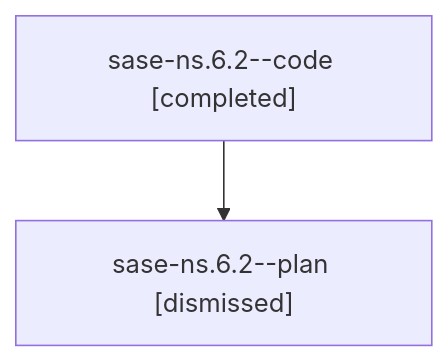
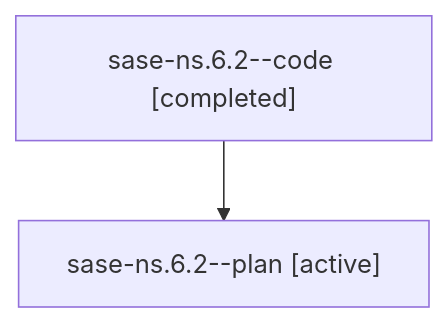
Before and after one commit to sase-org/sase--agents: the diagram in families/bbugyi200.athena.sase-ns.6.2.md, drawn with Mermaid. The commit also changed other lines of this file and 35830 other files, not shown here.

````diff
--- a/families/bbugyi200.athena.sase-ns.6.2.md
+++ b/families/bbugyi200.athena.sase-ns.6.2.md
@@ -9,6 +9,6 @@
 ```mermaid
 flowchart TD
   n0["sase-ns.6.2--code [completed]"]
-  n1["sase-ns.6.2--plan [dismissed]"]
+  n1["sase-ns.6.2--plan [active]"]
   n0 --> n1
 ```
````
